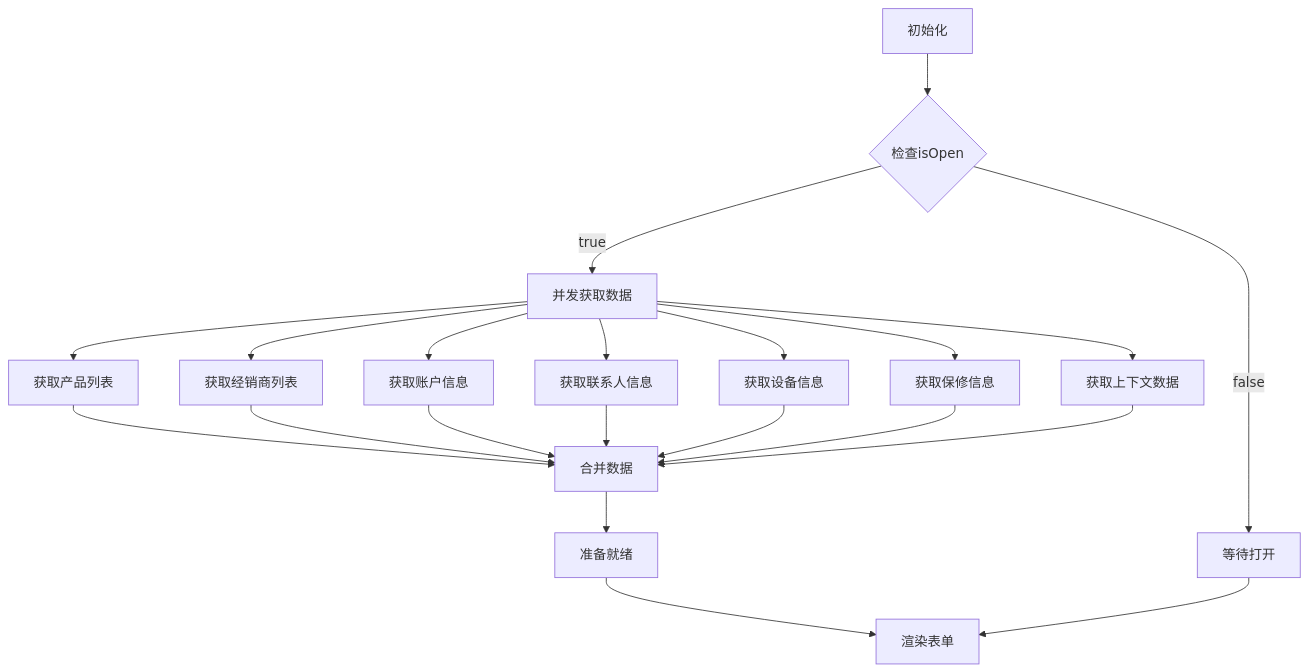
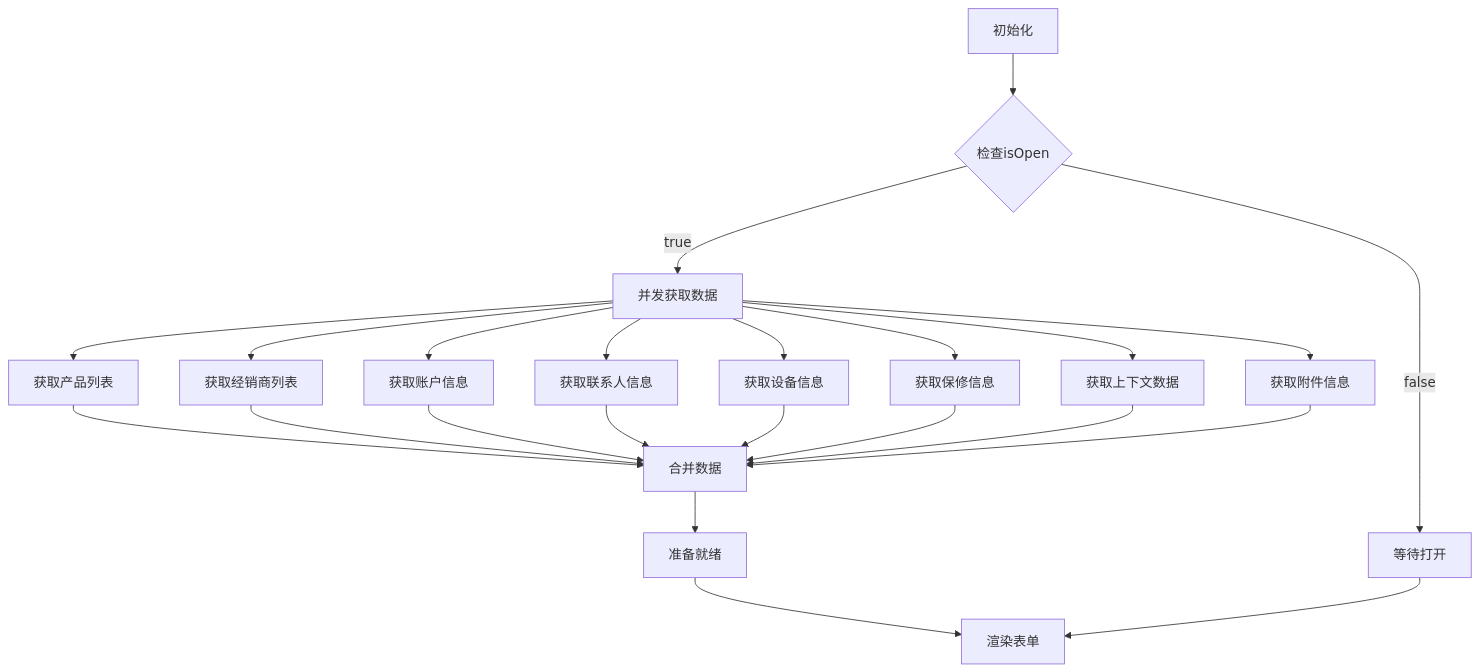
Diagram 44 of 44 in .qoder/repowiki/zh/content/TicketCreationModal 工单创建模态框.md (CubeEdge/Longhorn), drawn with Mermaid before and after one commit. The commit also changed other lines of this file and 118 other files, not shown here.

````diff
--- a/.qoder/repowiki/zh/content/TicketCreationModal 工单创建模态框.md
+++ b/.qoder/repowiki/zh/content/TicketCreationModal 工单创建模态框.md
@@ -2089,23 +2488,25 @@
 ```mermaid
 flowchart TD
 Init[初始化] --> CheckOpen{检查isOpen}
 CheckOpen --> |true| ParallelFetch[并发获取数据]
 CheckOpen --> |false| Wait[等待打开]
 ParallelFetch --> Products[获取产品列表]
 ParallelFetch --> Dealers[获取经销商列表]
 ParallelFetch --> Accounts[获取账户信息]
 ParallelFetch --> Contacts[获取联系人信息]
 ParallelFetch --> DeviceInfo[获取设备信息]
 ParallelFetch --> WarrantyInfo[获取保修信息]
 ParallelFetch --> ContextData[获取上下文数据]
+ParallelFetch --> Attachments[获取附件信息]
 Products --> Combine[合并数据]
 Dealers --> Combine
 Accounts --> Combine
 Contacts --> Combine
 DeviceInfo --> Combine
 WarrantyInfo --> Combine
 ContextData --> Combine
+Attachments --> Combine
 Combine --> Ready[准备就绪]
 Ready --> Render[渲染表单]
 Wait --> Render
 ```
````
